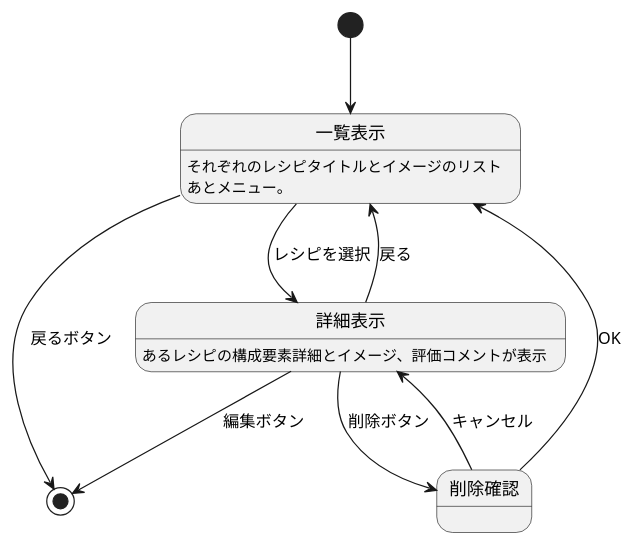
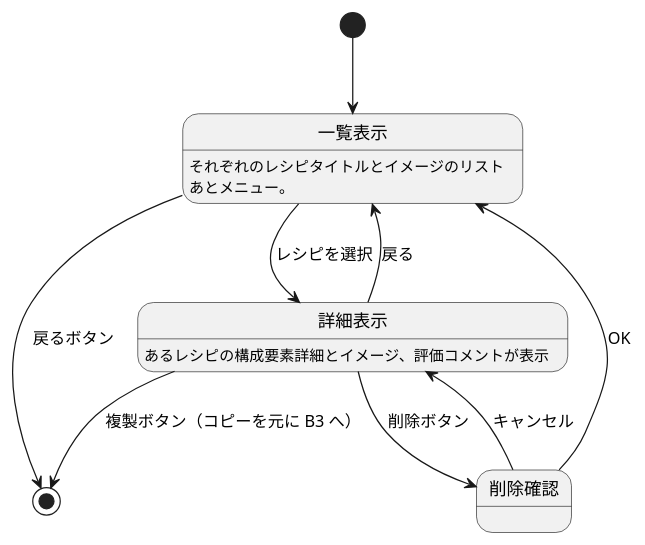
Before and after one commit to ayasuda/rs: the diagram in spec/scenes/recipe_note.md, drawn with PlantUML. The commit also changed other lines of this file and 2 other files, not shown here.

````diff
--- a/spec/scenes/recipe_note.md
+++ b/spec/scenes/recipe_note.md
@@ -37,17 +37,17 @@
 ```plantuml
 @startuml
 [*] --> 一覧表示
 
 一覧表示 --> 詳細表示 : レシピを選択
 一覧表示: それぞれのレシピタイトルとイメージのリスト
 一覧表示: あとメニュー。
 一覧表示 --> [*] : 戻るボタン
 詳細表示: あるレシピの構成要素詳細とイメージ、評価コメントが表示
 詳細表示 --> 削除確認: 削除ボタン
 削除確認 --> 一覧表示: OK
 削除確認 --> 詳細表示: キャンセル
-詳細表示 --> [*] : 編集ボタン
+詳細表示 --> [*] : 複製ボタン（コピーを元に B3 へ）
 
 詳細表示 --> 一覧表示 : 戻る
 @enduml
 ```
````
